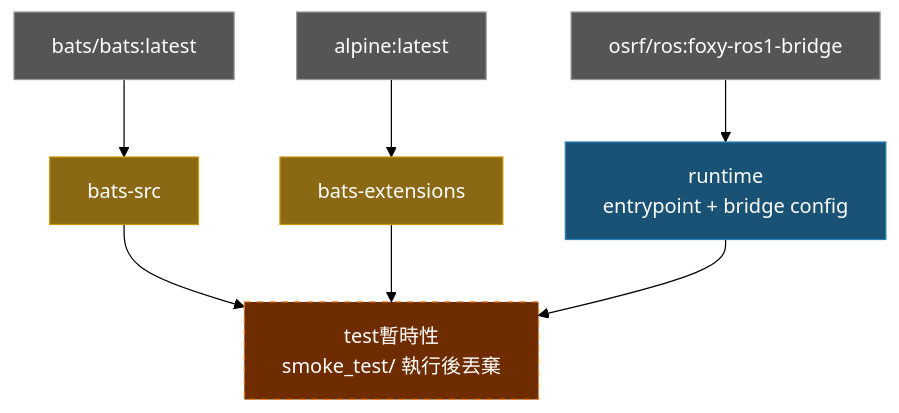
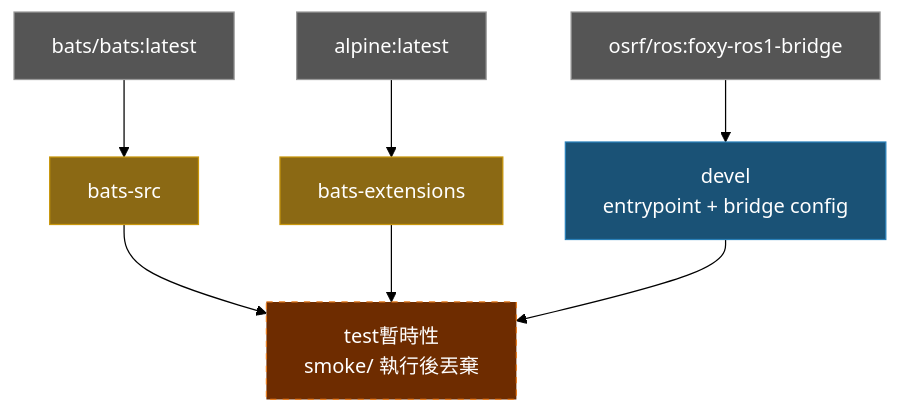
The diagram in doc/README.zh-TW.md (ycpss91255-docker/ros1_bridge), drawn with Mermaid (forest theme) before and after one commit. The commit also changed other lines of this file and 25 other files, not shown here.

````diff
--- a/doc/README.zh-TW.md
+++ b/doc/README.zh-TW.md
@@ -99,20 +99,20 @@
 ```mermaid
 graph TD
     EXT1["bats/bats:latest"]:::external
     EXT2["alpine:latest"]:::external
     EXT3["osrf/ros:foxy-ros1-bridge"]:::external
 
     EXT1 --> bats-src["bats-src"]:::tool
     EXT2 --> bats-ext["bats-extensions"]:::tool
 
-    EXT3 --> runtime["runtime\nentrypoint + bridge config"]:::stage
+    EXT3 --> devel["devel\nentrypoint + bridge config"]:::stage
 
-    bats-src --> test["test暫時性\nsmoke_test/ 執行後丟棄"]:::ephemeral
+    bats-src --> test["test暫時性\nsmoke/ 執行後丟棄"]:::ephemeral
     bats-ext --> test
-    runtime --> test
+    devel --> test
 
     classDef external fill:#555,color:#fff,stroke:#999
     classDef tool fill:#8B6914,color:#fff,stroke:#c8960c
     classDef stage fill:#1a5276,color:#fff,stroke:#2980b9
     classDef ephemeral fill:#6e2c00,color:#fff,stroke:#e67e22,stroke-dasharray:5 5
 ```
````
